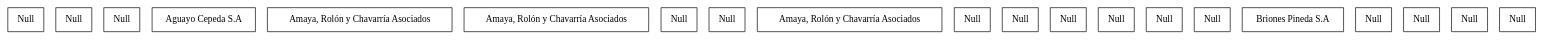
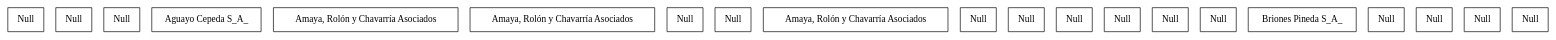
Before and after one commit to Villa01/EDD_VirtualMall_201900907: the diagram in Backend/reporte.dot, drawn with Graphviz. The commit also changed 9 other files, not shown here.

```diff
--- a/Backend/reporte.dot
+++ b/Backend/reporte.dot
@@ -1,28 +1,28 @@
 digraph reporte {
 	node [ shape= rect label="Null"] v0;
 	node [ shape= rect label="Null"] v1;
 	node [ shape= rect label="Null"] v2;
 	rankdir = "TB"
-	node [ shape= rect label="Aguayo Cepeda S.A" ] A41AguayoCepedaSA;
+	node [ shape= rect label="Aguayo Cepeda S_A_" ] A41AguayoCepedaS_A_;
 	rankdir = "TB"
 	node [ shape= rect label="Amaya, Rolón y Chavarría Asociados" ] A51Amaya,RolónyChavarríaAsociados;
 	node [ shape= rect label="Null"] v5;
 	node [ shape= rect label="Null"] v6;
 	rankdir = "TB"
 	node [ shape= rect label="Amaya, Rolón y Chavarría Asociados" ] A31Amaya,RolónyChavarríaAsociados;
 	rankdir = "TB"
-	node [ shape= rect label="Aguayo Cepeda S.A" ] A41AguayoCepedaSA;
+	node [ shape= rect label="Aguayo Cepeda S_A_" ] A41AguayoCepedaS_A_;
 	node [ shape= rect label="Null"] v9;
 	node [ shape= rect label="Null"] v10;
 	node [ shape= rect label="Null"] v11;
 	node [ shape= rect label="Null"] v12;
 	node [ shape= rect label="Null"] v13;
 	node [ shape= rect label="Null"] v14;
 	rankdir = "TB"
-	node [ shape= rect label="Briones Pineda S.A" ] B11BrionesPinedaSA;
+	node [ shape= rect label="Briones Pineda S_A_" ] B11BrionesPinedaS_A_;
 	node [ shape= rect label="Null"] v16;
 	node [ shape= rect label="Null"] v17;
 	node [ shape= rect label="Null"] v18;
 	node [ shape= rect label="Null"] v19;
 
 }
```
